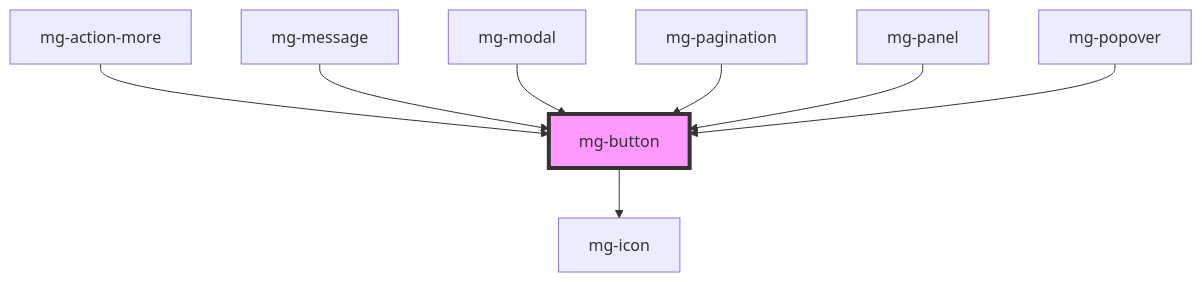
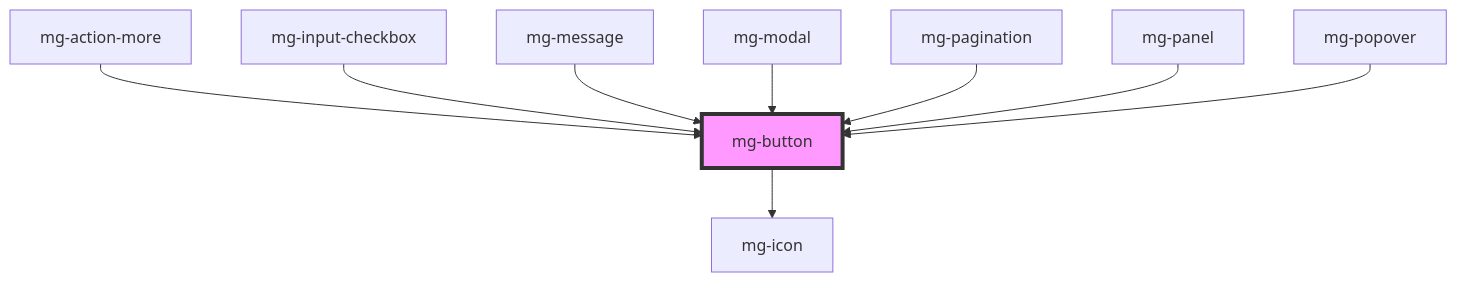
Before and after one commit to MGDIS/core-ui: the diagram in packages/mg-components/src/components/atoms/mg-button/readme.md, drawn with Mermaid. The commit also changed other lines of this file and 71 other files, not shown here.

First line of the commit message:
feat(mgInputCheckbox): add multi type with basic behaviors

````diff
--- a/packages/mg-components/src/components/atoms/mg-button/readme.md
+++ b/packages/mg-components/src/components/atoms/mg-button/readme.md
@@ -107,11 +106,12 @@
 ```mermaid
 graph TD;
   mg-button --> mg-icon
   mg-action-more --> mg-button
+  mg-input-checkbox --> mg-button
   mg-message --> mg-button
   mg-modal --> mg-button
   mg-pagination --> mg-button
   mg-panel --> mg-button
   mg-popover --> mg-button
   style mg-button fill:#f9f,stroke:#333,stroke-width:4px
 ```
````
